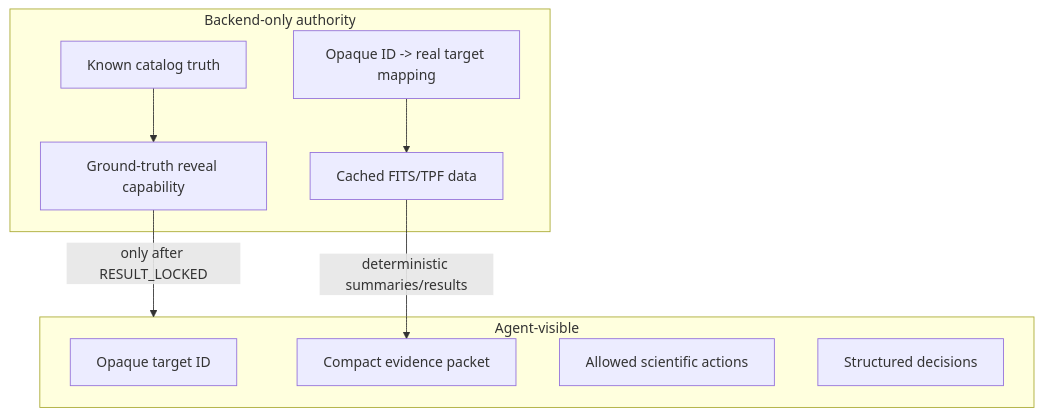
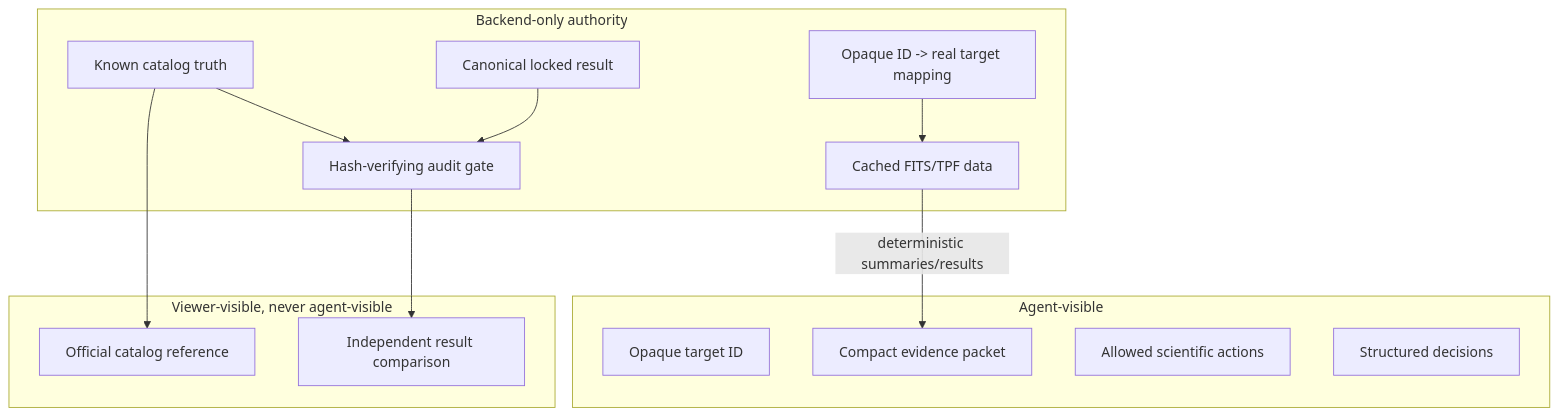
Before and after one commit to AzzouzAimen/exoswarm: the second of 2 diagrams in docs/architecture.md, drawn with Mermaid. The commit also changed other lines of this file and 36 other files, not shown here.

````diff
--- a/docs/architecture.md
+++ b/docs/architecture.md
@@ -137,21 +137,29 @@
 ```mermaid
 flowchart TB
     subgraph AgentVisible[Agent-visible]
       OPAQUE[Opaque target ID]
       PACKET[Compact evidence packet]
       TOOLS[Allowed scientific actions]
       DECISIONS[Structured decisions]
     end
 
+    subgraph ViewerVisible[Viewer-visible, never agent-visible]
+      REFERENCE[Official catalog reference]
+      VERDICT[Independent result comparison]
+    end
+
     subgraph BackendOnly[Backend-only authority]
       MAP[Opaque ID -> real target mapping]
       RAW[Cached FITS/TPF data]
       TRUTH[Known catalog truth]
-      GATE[Ground-truth reveal capability]
+      GATE[Hash-verifying audit gate]
+      LOCKED[Canonical locked result]
     end
 
     RAW -->|deterministic summaries/results| PACKET
     MAP --> RAW
+    TRUTH --> REFERENCE
     TRUTH --> GATE
-    GATE -->|only after RESULT_LOCKED| AgentVisible
+    LOCKED --> GATE
+    GATE --> VERDICT
 ```
````
